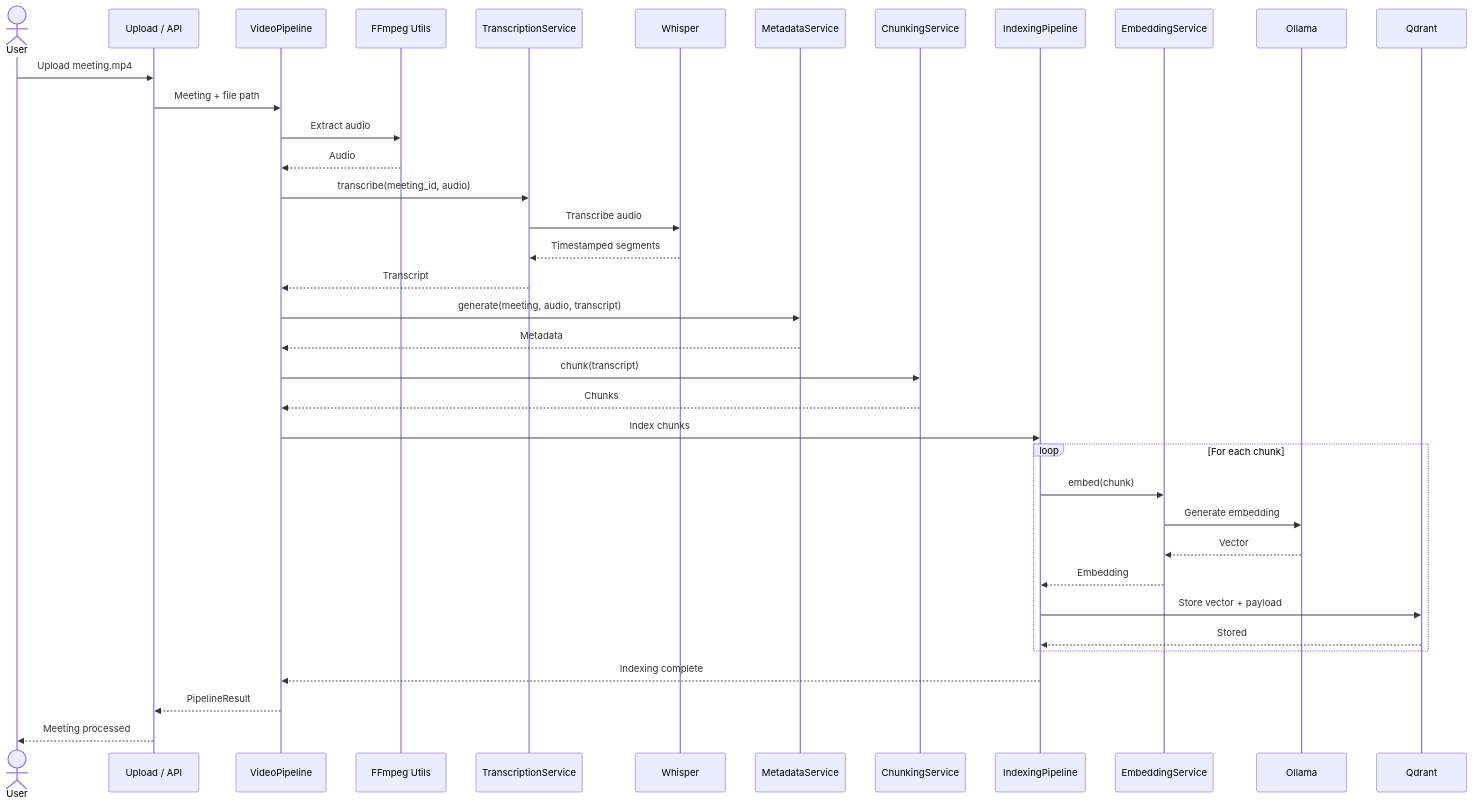
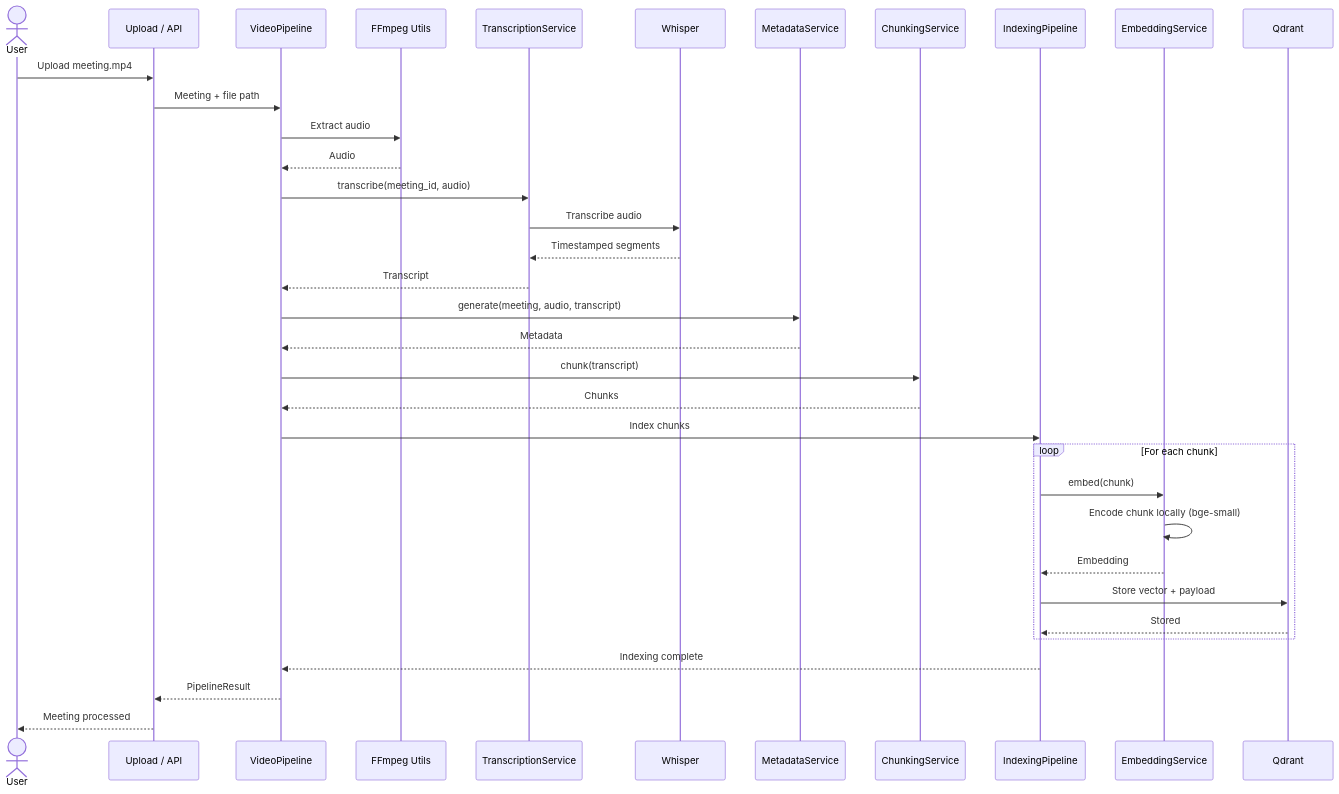
The third of 28 diagrams in docs/architecture.md (Ved3205/ai-meeting-intelligence), drawn with Mermaid before and after one commit. The commit also changed other lines of this file and 2 other files, not shown here.

Commit message:
docs: fix embedding description, add offline app section and Inno Setup script

````diff
--- a/docs/architecture.md
+++ b/docs/architecture.md
@@ -124,52 +124,50 @@
 ```mermaid
 sequenceDiagram
 
     actor User
     participant Upload as Upload / API
     participant VP as VideoPipeline
     participant FFmpeg as FFmpeg Utils
     participant TS as TranscriptionService
     participant Whisper as Whisper
     participant MS as MetadataService
     participant CS as ChunkingService
     participant IP as IndexingPipeline
     participant ES as EmbeddingService
-    participant Ollama as Ollama
     participant Qdrant as Qdrant
 
     User->>Upload: Upload meeting.mp4
 
     Upload->>VP: Meeting + file path
 
     VP->>FFmpeg: Extract audio
     FFmpeg-->>VP: Audio
 
     VP->>TS: transcribe(meeting_id, audio)
     TS->>Whisper: Transcribe audio
     Whisper-->>TS: Timestamped segments
     TS-->>VP: Transcript
 
     VP->>MS: generate(meeting, audio, transcript)
     MS-->>VP: Metadata
 
     VP->>CS: chunk(transcript)
     CS-->>VP: Chunks
 
     VP->>IP: Index chunks
 
     loop For each chunk
 
         IP->>ES: embed(chunk)
-        ES->>Ollama: Generate embedding
-        Ollama-->>ES: Vector
+        ES->>ES: Encode chunk locally (bge-small)
         ES-->>IP: Embedding
 
         IP->>Qdrant: Store vector + payload
         Qdrant-->>IP: Stored
 
     end
 
     IP-->>VP: Indexing complete
     VP-->>Upload: PipelineResult
     Upload-->>User: Meeting processed
 ```
````
